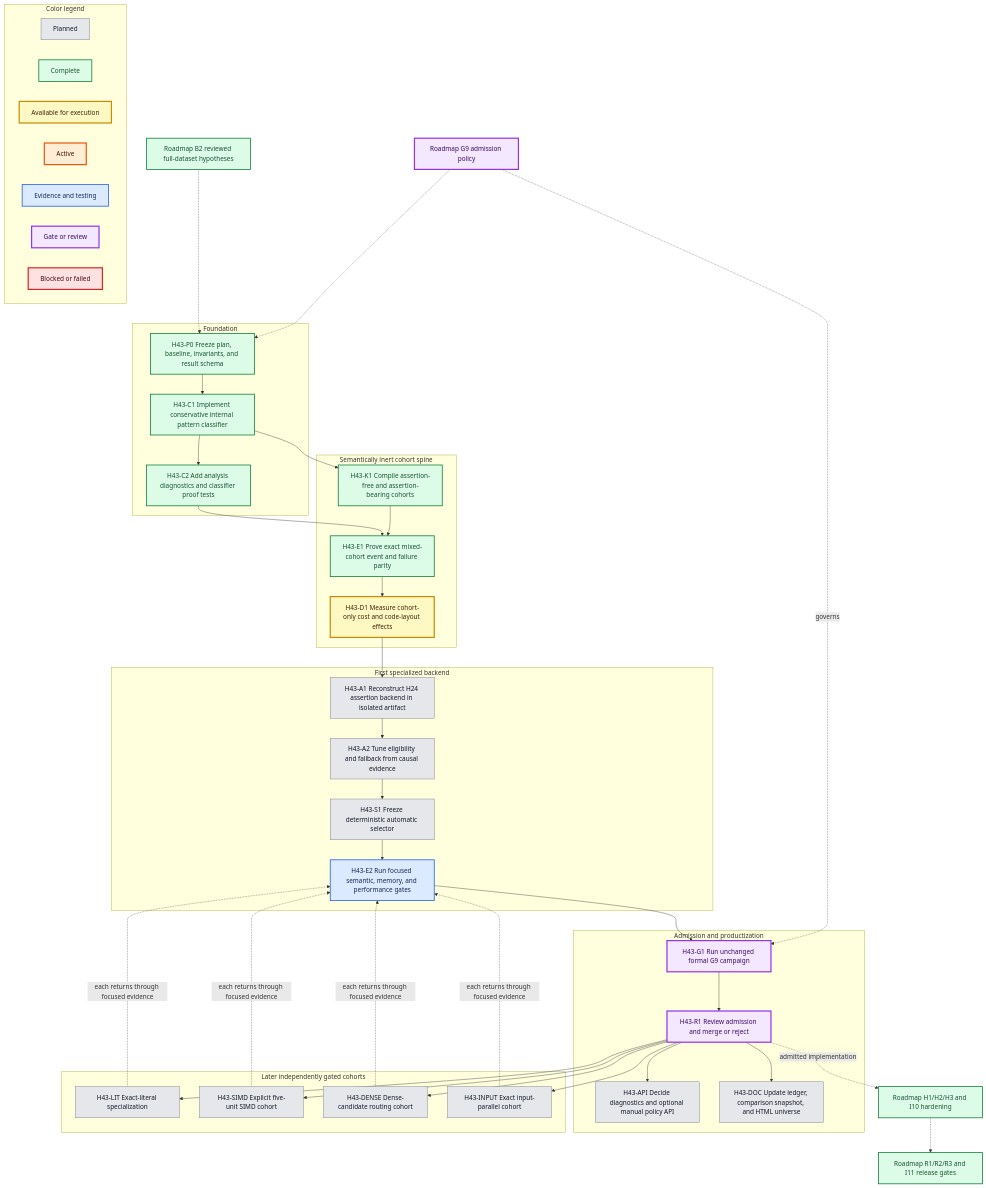
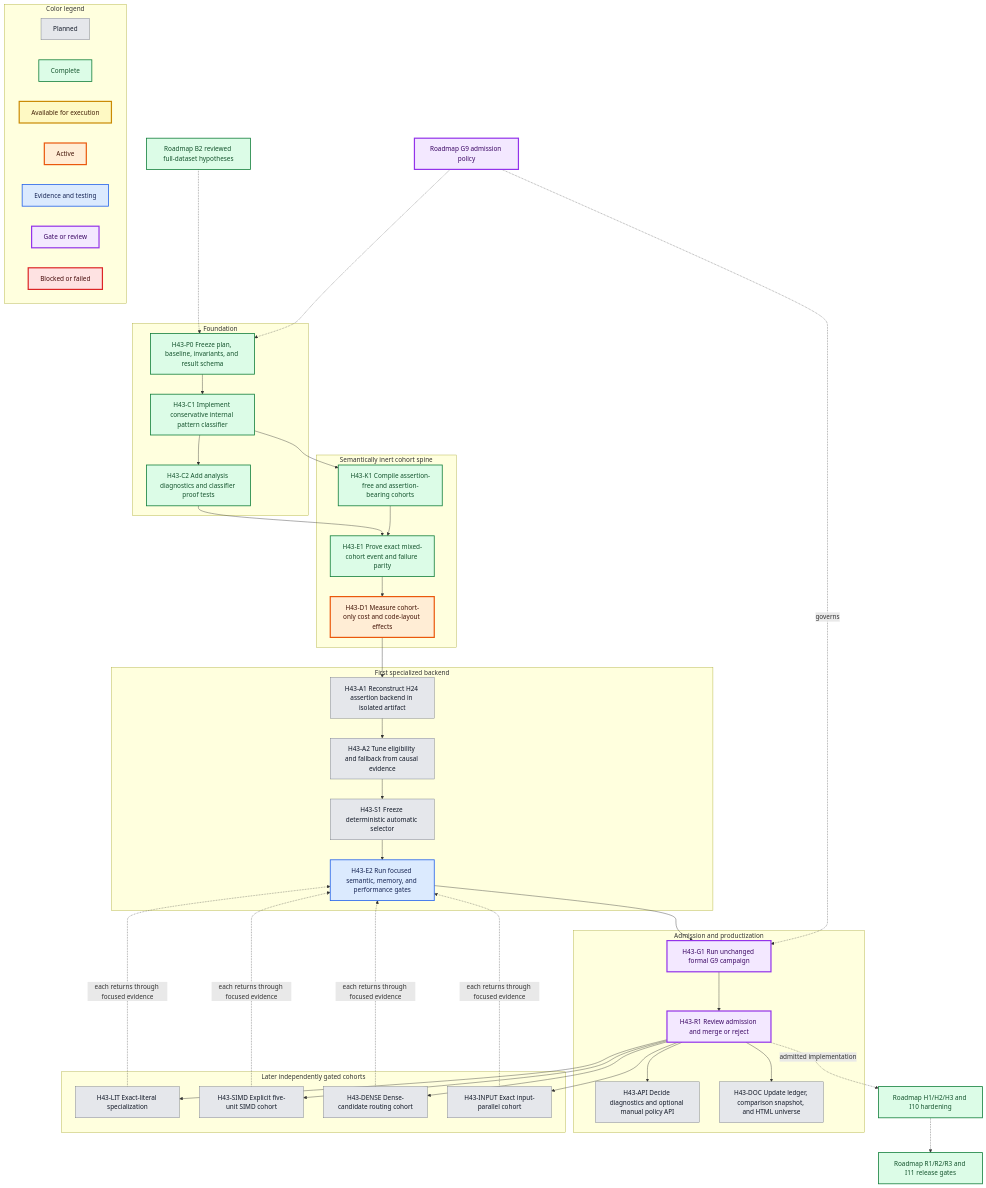
Before and after one commit to la3lma/rustmatch: the first of 3 diagrams in docs/experiments/b2-h-0043-cohort-aware-matcher-plan.md, drawn with Mermaid. The commit also changed other lines of this file and 8 other files, not shown here.

```diff
--- a/docs/experiments/b2-h-0043-cohort-aware-matcher-plan.md
+++ b/docs/experiments/b2-h-0043-cohort-aware-matcher-plan.md
@@ -186,7 +186,7 @@
     class C2 complete;
     class K1 complete;
     class E1 complete;
-    class D1 available;
+    class D1 active;
     class A1,A2,S1,API,DOC,LIT,SIMD,DENSE,INPUT planned;
     class E2 evidence;
     class G1,R1,G9 gate;
```
